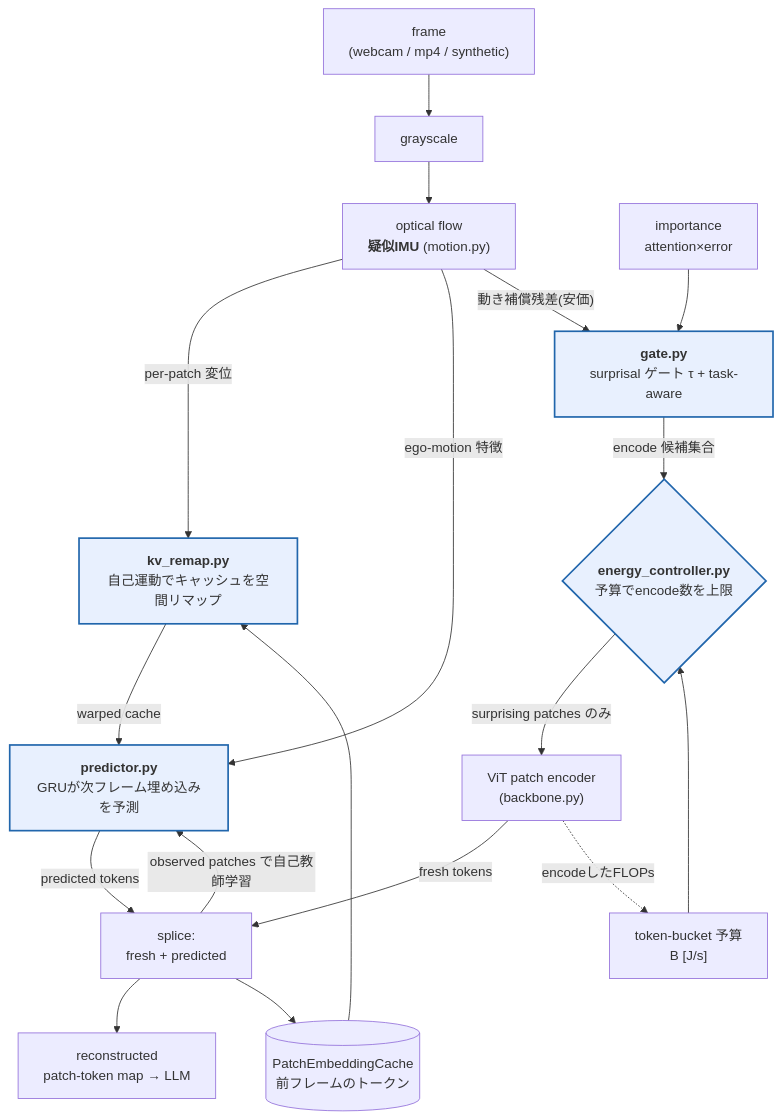
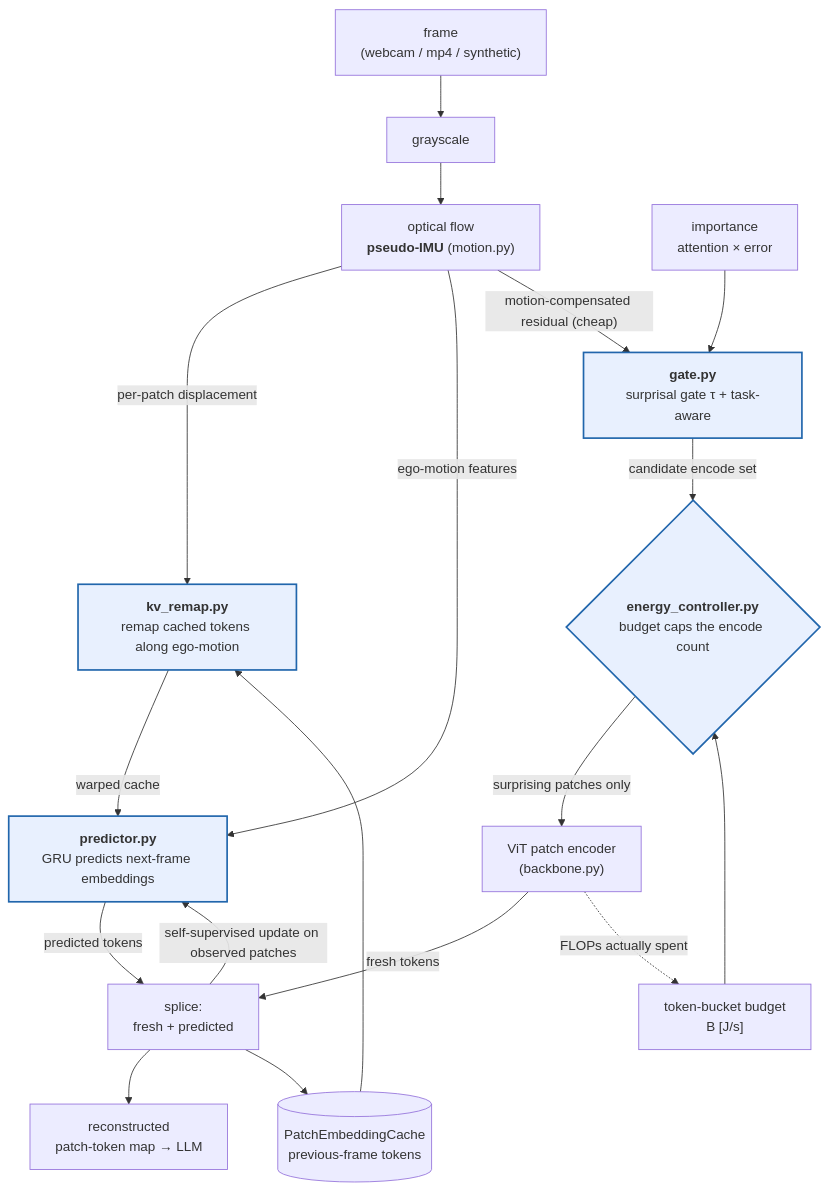
Before and after one commit to NagaYu/saccade: the diagram in README.md, drawn with Mermaid. The commit also changed other lines of this file and 7 other files, not shown here.

````diff
--- a/README.md
+++ b/README.md
@@ -62,27 +58,27 @@
 ```mermaid
 flowchart TB
   F["frame<br/>(webcam / mp4 / synthetic)"] --> G[grayscale]
-  G --> OF["optical flow<br/><b>疑似IMU</b> (motion.py)"]
-  CACHE[("PatchEmbeddingCache<br/>前フレームのトークン")]
+  G --> OF["optical flow<br/><b>pseudo-IMU</b> (motion.py)"]
+  CACHE[("PatchEmbeddingCache<br/>previous-frame tokens")]
 
-  OF -- "per-patch 変位" --> KV["<b>kv_remap.py</b><br/>自己運動でキャッシュを空間リマップ"]
+  OF -- "per-patch displacement" --> KV["<b>kv_remap.py</b><br/>remap cached tokens along ego-motion"]
   CACHE --> KV
-  KV -- "warped cache" --> PRED["<b>predictor.py</b><br/>GRUが次フレーム埋め込みを予測"]
-  OF -- "ego-motion 特徴" --> PRED
+  KV -- "warped cache" --> PRED["<b>predictor.py</b><br/>GRU predicts next-frame embeddings"]
+  OF -- "ego-motion features" --> PRED
 
-  OF -- "動き補償残差(安価)" --> GATE["<b>gate.py</b><br/>surprisal ゲート τ + task-aware"]
-  IMP["importance<br/>attention×error"] --> GATE
-  GATE -- "encode 候補集合" --> CAP{"<b>energy_controller.py</b><br/>予算でencode数を上限"}
-  BUD["token-bucket 予算<br/>B [J/s]"] --> CAP
+  OF -- "motion-compensated residual (cheap)" --> GATE["<b>gate.py</b><br/>surprisal gate τ + task-aware"]
+  IMP["importance<br/>attention × error"] --> GATE
+  GATE -- "candidate encode set" --> CAP{"<b>energy_controller.py</b><br/>budget caps the encode count"}
+  BUD["token-bucket budget<br/>B [J/s]"] --> CAP
 
-  CAP -- "surprising patches のみ" --> ENC["ViT patch encoder<br/>(backbone.py)"]
+  CAP -- "surprising patches only" --> ENC["ViT patch encoder<br/>(backbone.py)"]
   ENC -- "fresh tokens" --> MIX["splice:<br/>fresh + predicted"]
   PRED -- "predicted tokens" --> MIX
   MIX --> OUT["reconstructed<br/>patch-token map → LLM"]
-  MIX -- "observed patches で自己教師学習" --> PRED
+  MIX -- "self-supervised update on observed patches" --> PRED
   MIX --> CACHE
-  ENC -. "encodeしたFLOPs" .-> BUD
+  ENC -. "FLOPs actually spent" .-> BUD
 
   classDef core fill:#e8f0fe,stroke:#2166ac,stroke-width:2px;
   class KV,PRED,GATE,CAP core;
 ```
````
